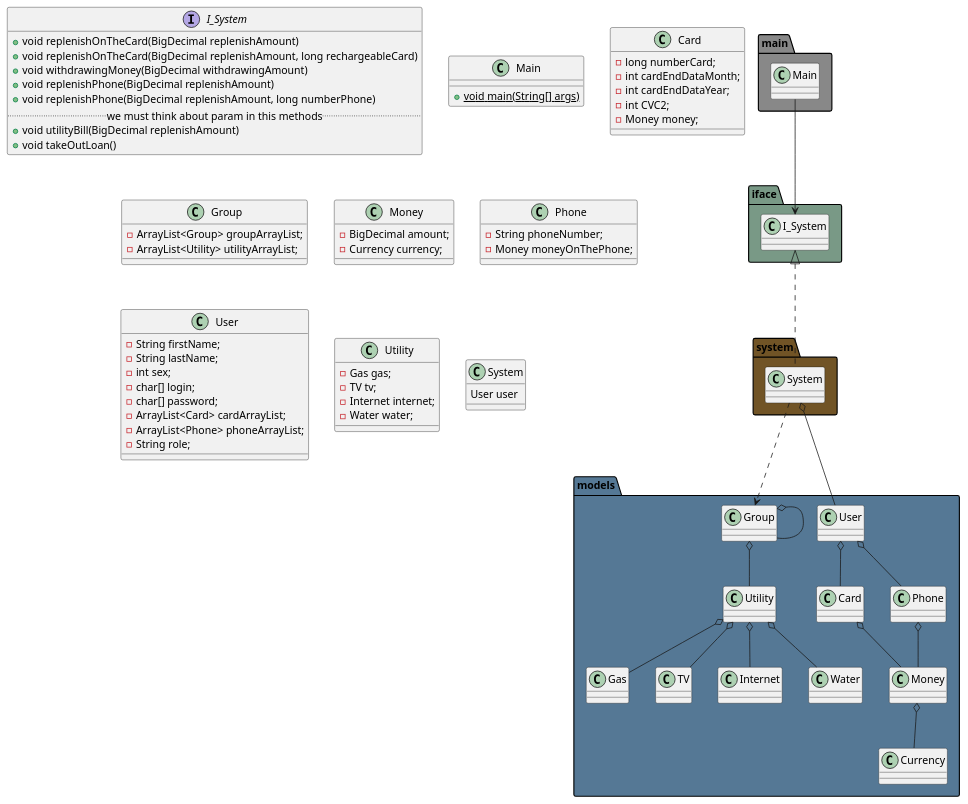
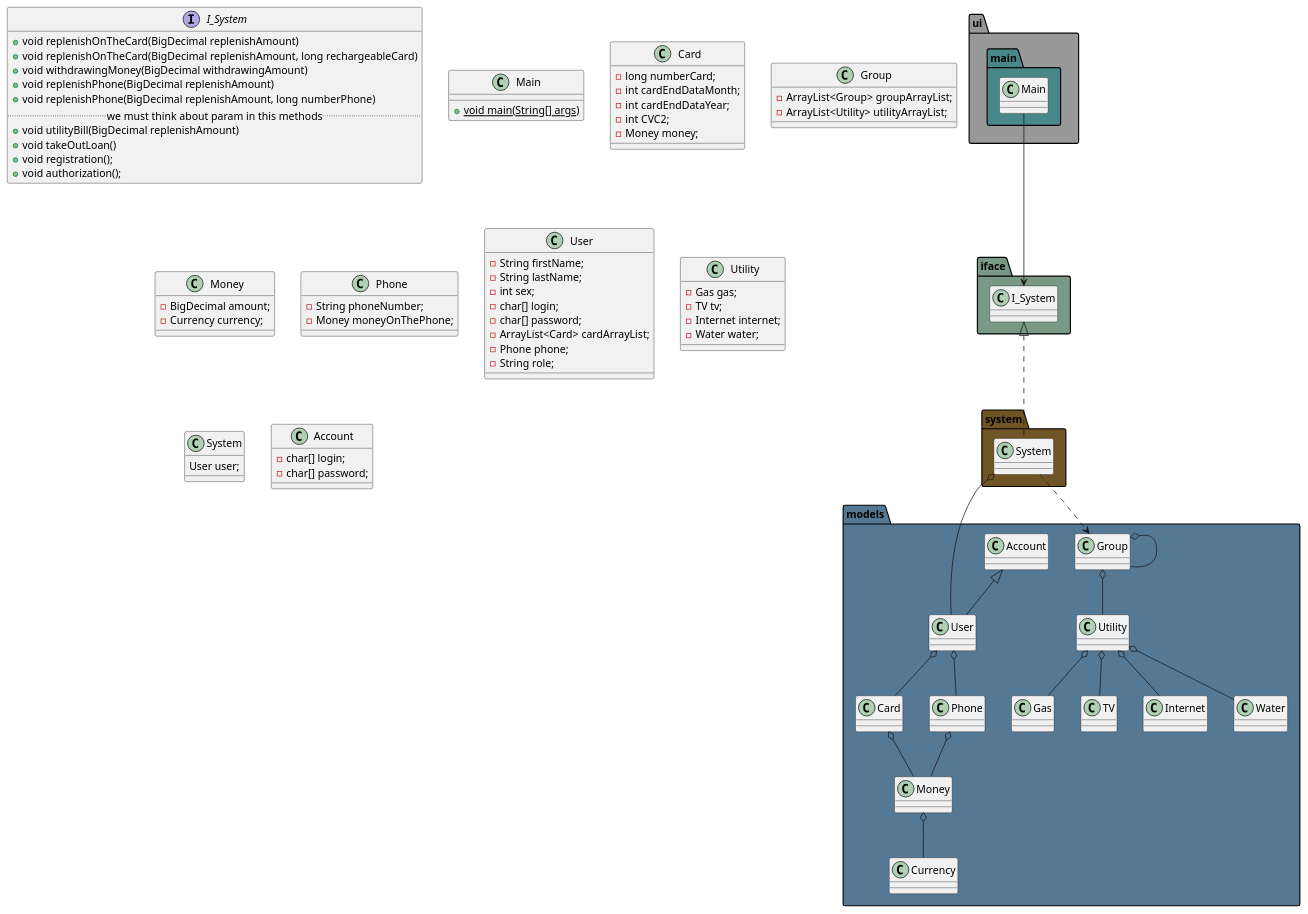
One commit to dima666Sik/banking-system changed the diagram in src/main/resources/diagram/Domain.puml. Above: the diagram before and after it, drawn with PlantUML. The commit also changed 15 other files, not shown here.

Commit message:
Add DAO, create DAO for user. Update version System. Check all changes.

```diff
--- a/src/main/resources/diagram/Domain.puml
+++ b/src/main/resources/diagram/Domain.puml
@@ -1,87 +1,98 @@
 @startuml
 
 package "models" #557895 {
   User o-- Card
   User o-- Phone
   Card o-- Money
   Money o-- Currency
   Phone o-- Money
   Group o-- Group
   Group o-- Utility
   Utility o-- Gas
   Utility o-- TV
   Utility o-- Internet
   Utility o-- Water
+  Account <|-- User
 }
 
 package "system" #715426 {
       System ..> Group
       System o-- User
 }
 
 package "iface" #799986 {
     I_System <|.. System
 }
 
-package "main" #888888{
-      Main --> I_System
+package "ui" #999999{
+
+    package "main" #498888{
+          Main --> I_System
+    }
 }
 
 interface I_System {
     +void replenishOnTheCard(BigDecimal replenishAmount)
     +void replenishOnTheCard(BigDecimal replenishAmount, long rechargeableCard)
     +void withdrawingMoney(BigDecimal withdrawingAmount)
     +void replenishPhone(BigDecimal replenishAmount)
     +void replenishPhone(BigDecimal replenishAmount, long numberPhone)
     .. we must think about param in this methods..
     +void utilityBill(BigDecimal replenishAmount)
     +void takeOutLoan()
+    +void registration();
+    +void authorization();
 }
 class Main {
     + {static} void main(String[] args)
 }
 class Card {
     - long numberCard;
     - int cardEndDataMonth;
     - int cardEndDataYear;
     - int CVC2;
     - Money money;
 }
 
 class Group {
     - ArrayList<Group> groupArrayList;
     - ArrayList<Utility> utilityArrayList;
 }
 
 class Money {
     - BigDecimal amount;
     - Currency currency;
 }
 
 class Phone {
     - String phoneNumber;
     - Money moneyOnThePhone;
 }
 
 class User {
     - String firstName;
     - String lastName;
     - int sex;
     - char[] login;
     - char[] password;
     - ArrayList<Card> cardArrayList;
-    - ArrayList<Phone> phoneArrayList;
+    - Phone phone;
     - String role;
 }
 
 class Utility {
      - Gas gas;
      - TV tv;
      - Internet internet;
      - Water water;
 }
 
 class System{
-User user
+    User user;
+}
+
+class Account {
+    - char[] login;
+    - char[] password;
 }
 @enduml
```
